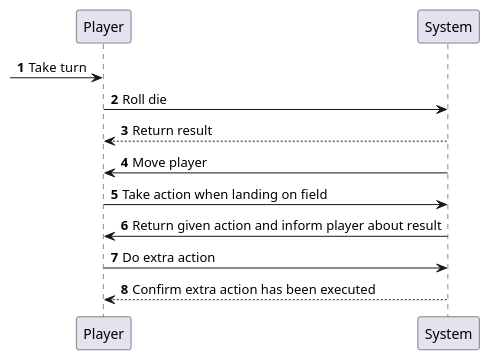
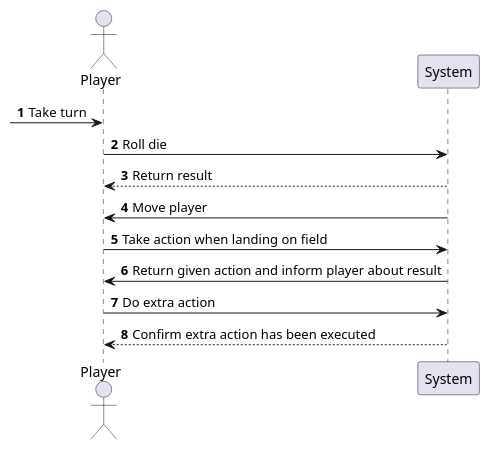
Before and after one commit to christianhyltoft/GAMEassignment: the diagram in UML/PlayturnSequence.puml, drawn with PlantUML. The commit also changed 3 other files, not shown here.

Commit message:
Small diagram changes

```diff
--- a/UML/PlayturnSequence.puml
+++ b/UML/PlayturnSequence.puml
@@ -1,15 +1,16 @@
 @startuml
 'https://plantuml.com/sequence-diagram
 
 autonumber
+actor Player
 ->Player: Take turn
 Player->System: Roll die
 Player<--System: Return result
 Player<-System: Move player
 Player->System: Take action when landing on field
 Player<-System: Return given action and inform player about result
 Player-> System: Do extra action
 Player<-- System: Confirm extra action has been executed
 
 
 @enduml
```
